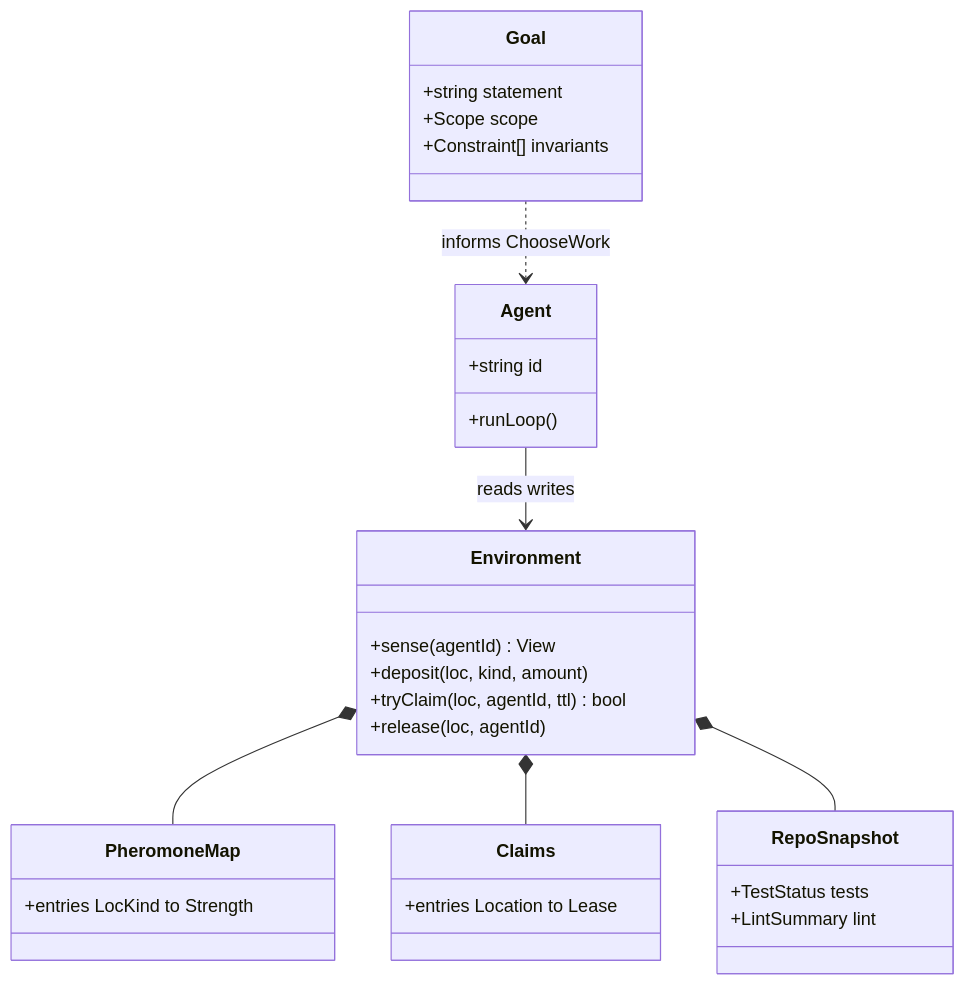
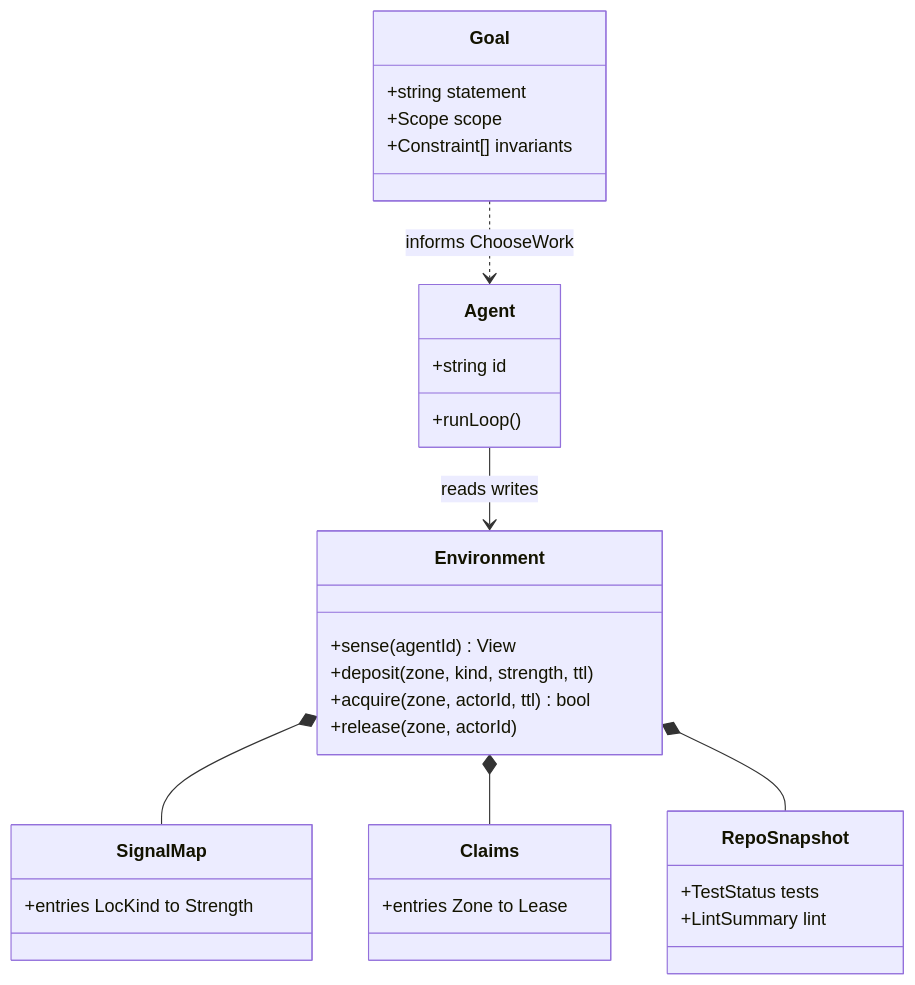
Diagram 12 of 13 in annex-visualizations.md (instagrim-dev/swarm-orchestration-spec), drawn with Mermaid before and after one commit. The commit also changed other lines of this file, not shown here.

First line of the commit message:
docs: refresh annex-visualizations for v1.1 signal/zone vocabulary

````diff
--- a/annex-visualizations.md
+++ b/annex-visualizations.md
@@ -599,33 +599,33 @@
 ```mermaid
 classDiagram
     class Goal {
         +string statement
         +Scope scope
         +Constraint[] invariants
     }
     class Environment {
         +sense(agentId) View
-        +deposit(loc, kind, amount)
-        +tryClaim(loc, agentId, ttl) bool
-        +release(loc, agentId)
+        +deposit(zone, kind, strength, ttl)
+        +acquire(zone, actorId, ttl) bool
+        +release(zone, actorId)
     }
-    class PheromoneMap {
+    class SignalMap {
         +entries LocKind to Strength
     }
     class Claims {
-        +entries Location to Lease
+        +entries Zone to Lease
     }
     class RepoSnapshot {
         +TestStatus tests
         +LintSummary lint
     }
     class Agent {
         +string id
         +runLoop()
     }
-    Environment *-- PheromoneMap
+    Environment *-- SignalMap
     Environment *-- Claims
     Environment *-- RepoSnapshot
     Agent --> Environment : reads writes
     Goal ..> Agent : informs ChooseWork
 ```
````
